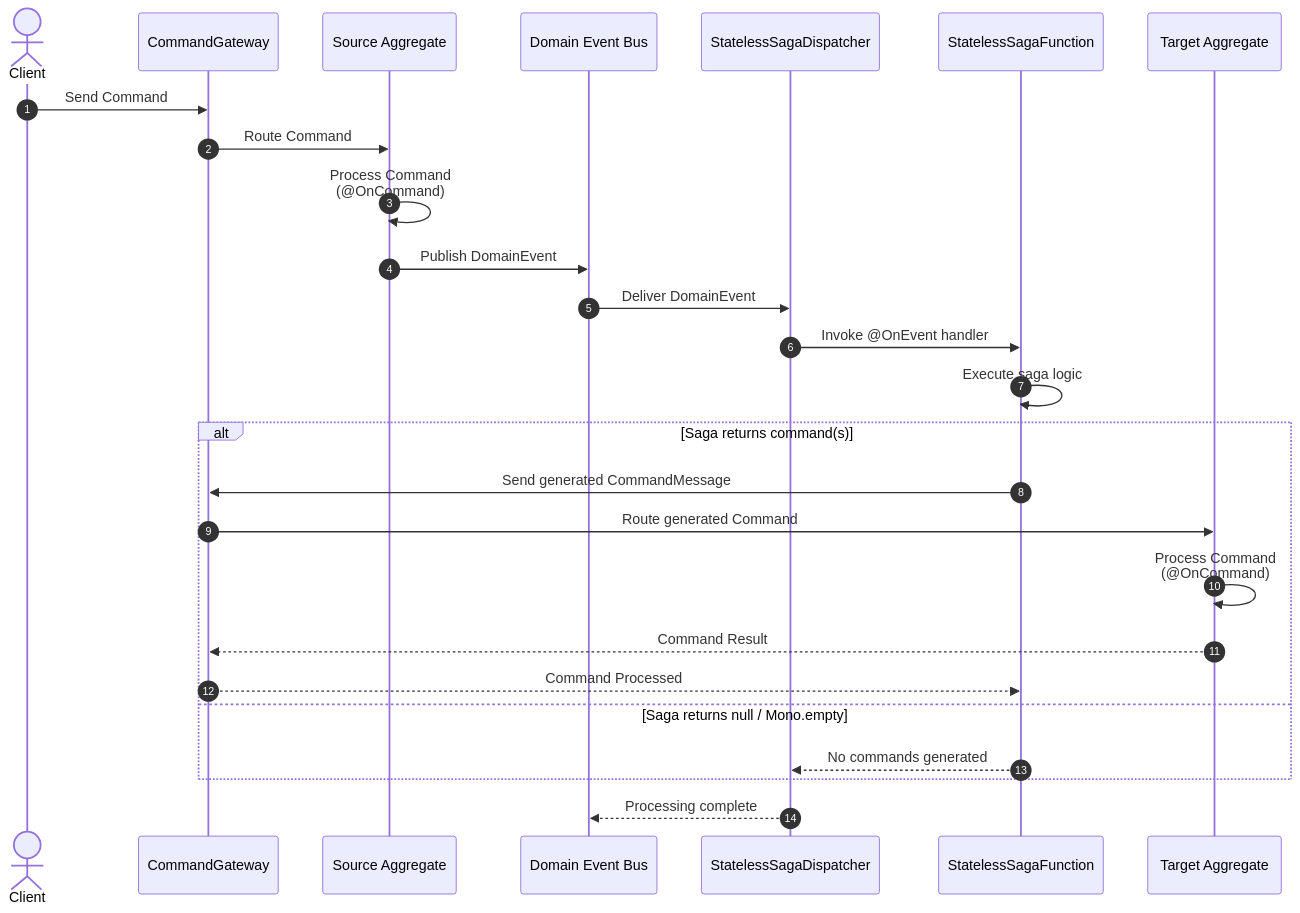
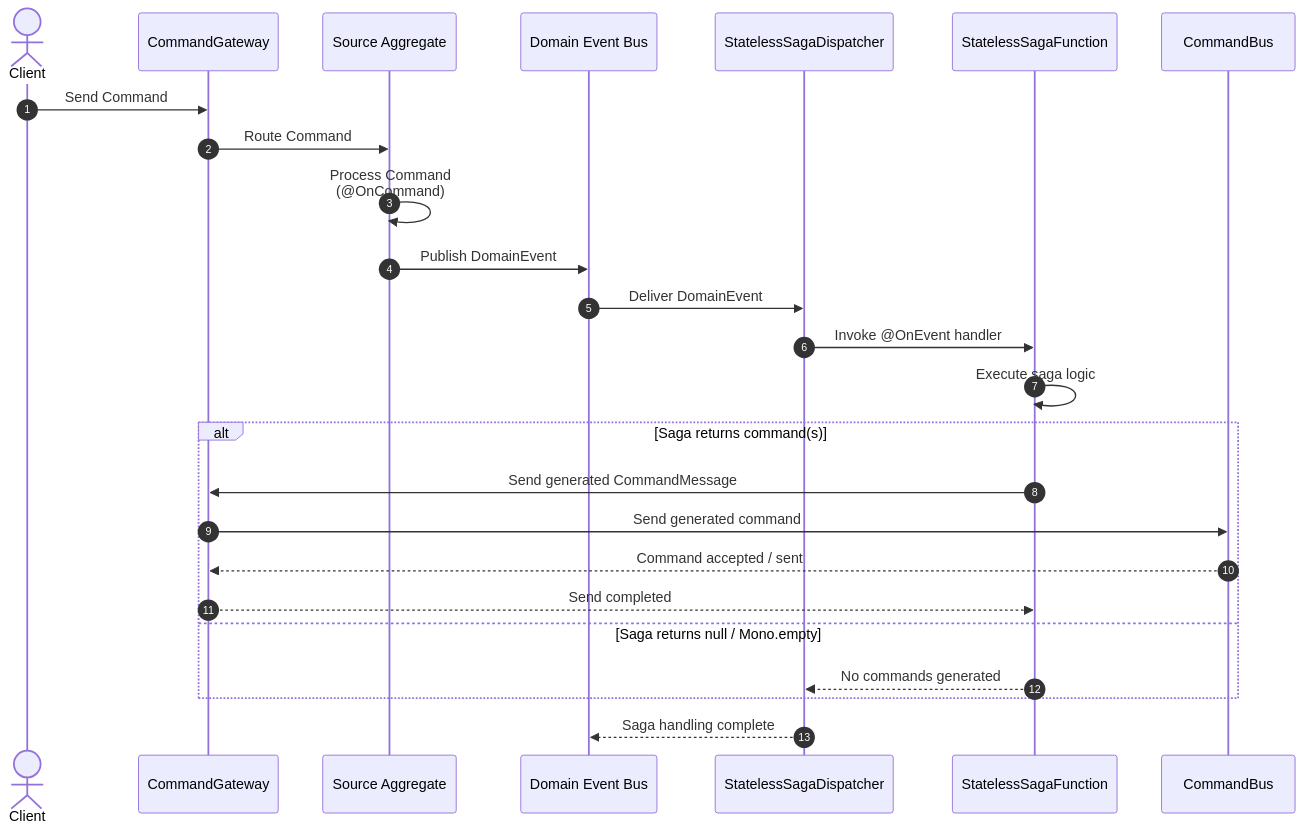
The second of 4 diagrams in documentation/docs/en/guide/saga.md (Ahoo-Wang/Wow), drawn with Mermaid before and after one commit. The commit also changed other lines of this file and 39 other files, not shown here.

````diff
--- a/documentation/docs/en/guide/saga.md
+++ b/documentation/docs/en/guide/saga.md
@@ -72,29 +72,28 @@
 ```mermaid
 sequenceDiagram
     autonumber
     actor Client
     participant Gateway as CommandGateway
     participant Aggregate as Source Aggregate
     participant EventBus as Domain Event Bus
     participant Dispatcher as StatelessSagaDispatcher
     participant SagaFn as StatelessSagaFunction
-    participant TargetAgg as Target Aggregate
+    participant CommandBus
 
     Client->>Gateway: Send Command
     Gateway->>Aggregate: Route Command
     Aggregate->>Aggregate: Process Command<br>(@OnCommand)
     Aggregate->>EventBus: Publish DomainEvent
     EventBus->>Dispatcher: Deliver DomainEvent
     Dispatcher->>SagaFn: Invoke @OnEvent handler
     SagaFn->>SagaFn: Execute saga logic
     alt Saga returns command(s)
         SagaFn->>Gateway: Send generated CommandMessage
-        Gateway->>TargetAgg: Route generated Command
-        TargetAgg->>TargetAgg: Process Command<br>(@OnCommand)
-        TargetAgg-->>Gateway: Command Result
-        Gateway-->>SagaFn: Command Processed
+        Gateway->>CommandBus: Send generated command
+        CommandBus-->>Gateway: Command accepted / sent
+        Gateway-->>SagaFn: Send completed
     else Saga returns null / Mono.empty
         SagaFn-->>Dispatcher: No commands generated
     end
-    Dispatcher-->>EventBus: Processing complete
+    Dispatcher-->>EventBus: Saga handling complete
 ```
````
